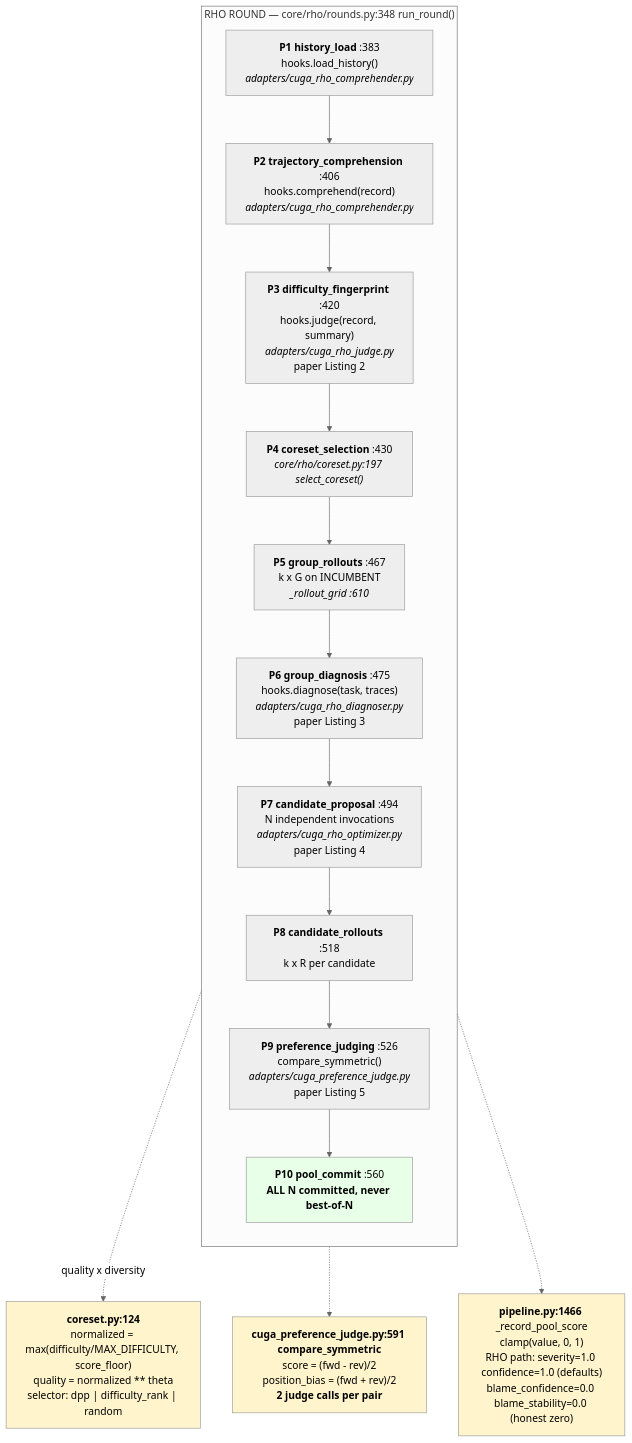
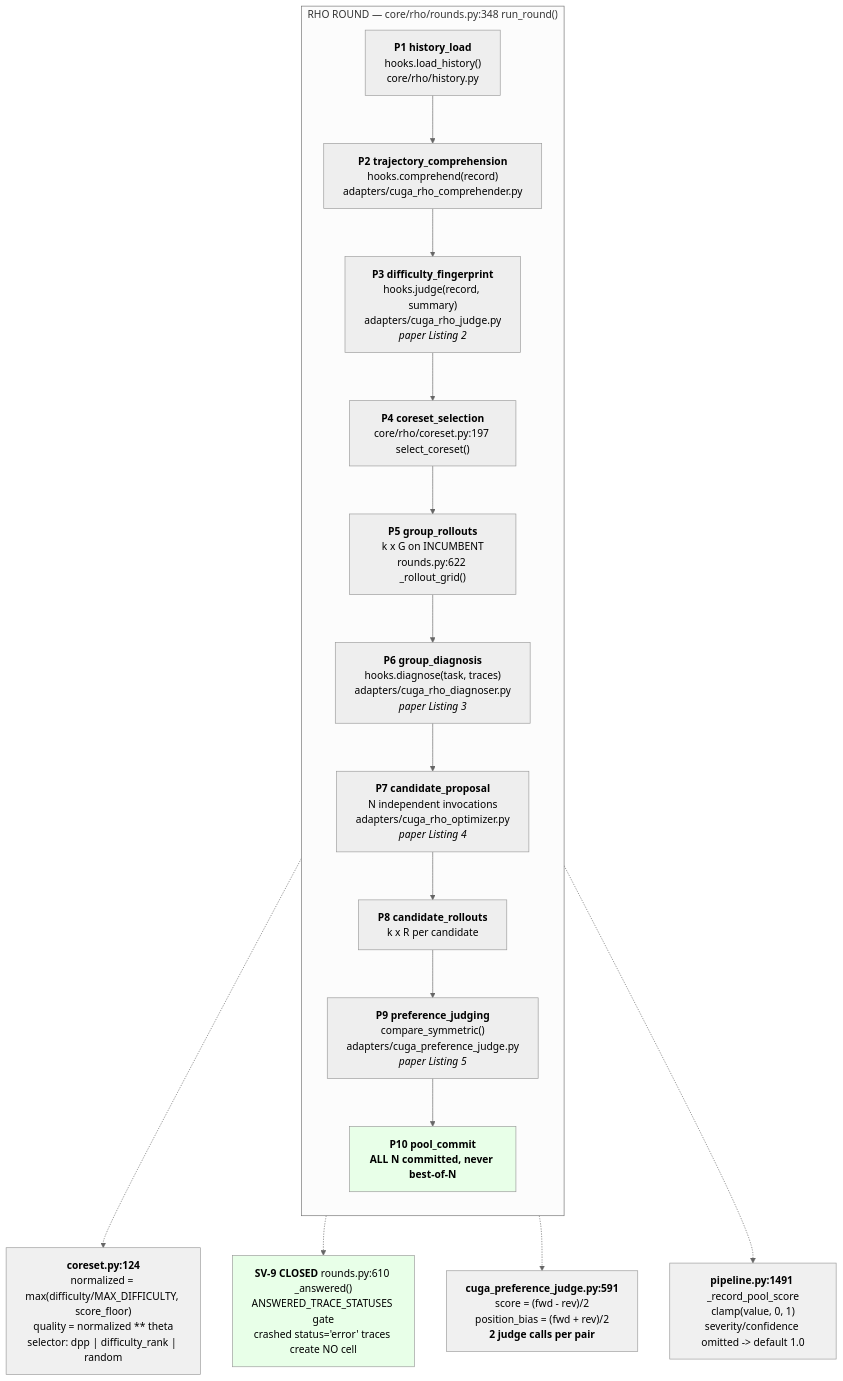
Before and after one commit to one-little-step/AgentEvolve: the second of 10 diagrams in docs/architecture/IMPLEMENTED-PIPELINE-MAP.md, drawn with Mermaid (neutral theme). The commit also changed other lines of this file and 29 other files, not shown here.

````diff
--- a/docs/architecture/IMPLEMENTED-PIPELINE-MAP.md
+++ b/docs/architecture/IMPLEMENTED-PIPELINE-MAP.md
@@ -67,28 +89,28 @@
 ```mermaid
 flowchart TB
     subgraph RHO["RHO ROUND — core/rho/rounds.py:348 run_round()"]
       direction TB
-
-      H1["<b>P1 history_load</b> :383<br/>hooks.load_history()<br/><i>adapters/cuga_rho_comprehender.py</i>"]
-      H2["<b>P2 trajectory_comprehension</b> :406<br/>hooks.comprehend(record)<br/><i>adapters/cuga_rho_comprehender.py</i>"]
-      H3["<b>P3 difficulty_fingerprint</b> :420<br/>hooks.judge(record, summary)<br/><i>adapters/cuga_rho_judge.py</i><br/>paper Listing 2"]
-      H4["<b>P4 coreset_selection</b> :430<br/><i>core/rho/coreset.py:197 select_coreset()</i>"]
-      H5["<b>P5 group_rollouts</b> :467<br/>k x G on INCUMBENT<br/><i>_rollout_grid :610</i>"]
-      H6["<b>P6 group_diagnosis</b> :475<br/>hooks.diagnose(task, traces)<br/><i>adapters/cuga_rho_diagnoser.py</i><br/>paper Listing 3"]
-      H7["<b>P7 candidate_proposal</b> :494<br/>N independent invocations<br/><i>adapters/cuga_rho_optimizer.py</i><br/>paper Listing 4"]
-      H8["<b>P8 candidate_rollouts</b> :518<br/>k x R per candidate"]
-      H9["<b>P9 preference_judging</b> :526<br/>compare_symmetric()<br/><i>adapters/cuga_preference_judge.py</i><br/>paper Listing 5"]
-      H10["<b>P10 pool_commit</b> :560<br/><b>ALL N committed, never best-of-N</b>"]
-
+      H1["<b>P1 history_load</b><br/>hooks.load_history()<br/>core/rho/history.py"]
+      H2["<b>P2 trajectory_comprehension</b><br/>hooks.comprehend(record)<br/>adapters/cuga_rho_comprehender.py"]
+      H3["<b>P3 difficulty_fingerprint</b><br/>hooks.judge(record, summary)<br/>adapters/cuga_rho_judge.py<br/><i>paper Listing 2</i>"]
+      H4["<b>P4 coreset_selection</b><br/>core/rho/coreset.py:197 select_coreset()"]
+      H5["<b>P5 group_rollouts</b><br/>k x G on INCUMBENT<br/>rounds.py:622 _rollout_grid()"]
+      H6["<b>P6 group_diagnosis</b><br/>hooks.diagnose(task, traces)<br/>adapters/cuga_rho_diagnoser.py<br/><i>paper Listing 3</i>"]
+      H7["<b>P7 candidate_proposal</b><br/>N independent invocations<br/>adapters/cuga_rho_optimizer.py<br/><i>paper Listing 4</i>"]
+      H8["<b>P8 candidate_rollouts</b><br/>k x R per candidate"]
+      H9["<b>P9 preference_judging</b><br/>compare_symmetric()<br/>adapters/cuga_preference_judge.py<br/><i>paper Listing 5</i>"]
+      H10["<b>P10 pool_commit</b><br/><b>ALL N committed, never best-of-N</b>"]
       H1-->H2-->H3-->H4-->H5-->H6-->H7-->H8-->H9-->H10
     end
 
-    H4 -.->|"quality x diversity"| F4["<b>coreset.py:124</b><br/>normalized = max(difficulty/MAX_DIFFICULTY, score_floor)<br/>quality = normalized ** theta<br/>selector: dpp | difficulty_rank | random"]
-    H9 -.-> F9["<b>cuga_preference_judge.py:591 compare_symmetric</b><br/>score = (fwd - rev)/2<br/>position_bias = (fwd + rev)/2<br/><b>2 judge calls per pair</b>"]
-    H10 -.-> F10["<b>pipeline.py:1466</b> _record_pool_score<br/>clamp(value, 0, 1)<br/>RHO path: severity=1.0 confidence=1.0 (defaults)<br/>blame_confidence=0.0 blame_stability=0.0 (honest zero)"]
+    H4 -.-> F4["<b>coreset.py:124</b><br/>normalized = max(difficulty/MAX_DIFFICULTY, score_floor)<br/>quality = normalized ** theta<br/>selector: dpp | difficulty_rank | random"]
+    H5 -.-> F5["<b>SV-9 CLOSED</b> rounds.py:610 _answered()<br/>ANSWERED_TRACE_STATUSES gate<br/>crashed status='error' traces create NO cell"]
+    H9 -.-> F9["<b>cuga_preference_judge.py:591</b><br/>score = (fwd - rev)/2<br/>position_bias = (fwd + rev)/2<br/><b>2 judge calls per pair</b>"]
+    H10 -.-> F10["<b>pipeline.py:1491</b> _record_pool_score<br/>clamp(value, 0, 1)<br/>severity/confidence omitted -> default 1.0"]
 
-    style F4 fill:#fff4cc
-    style F9 fill:#fff4cc
-    style F10 fill:#fff4cc
     style H10 fill:#e8ffe8
+    style F5 fill:#e8ffe8
+    style F4 fill:#f0f0f0
+    style F9 fill:#f0f0f0
+    style F10 fill:#f0f0f0
 ```
````
